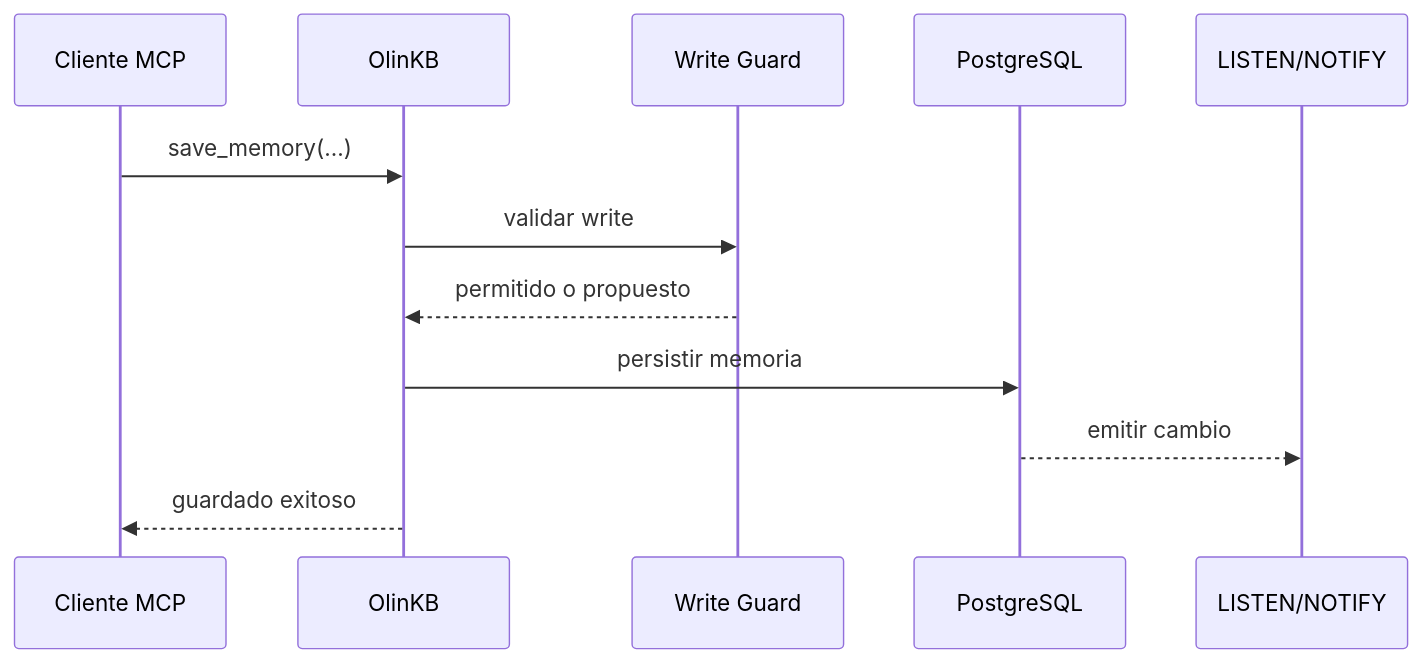
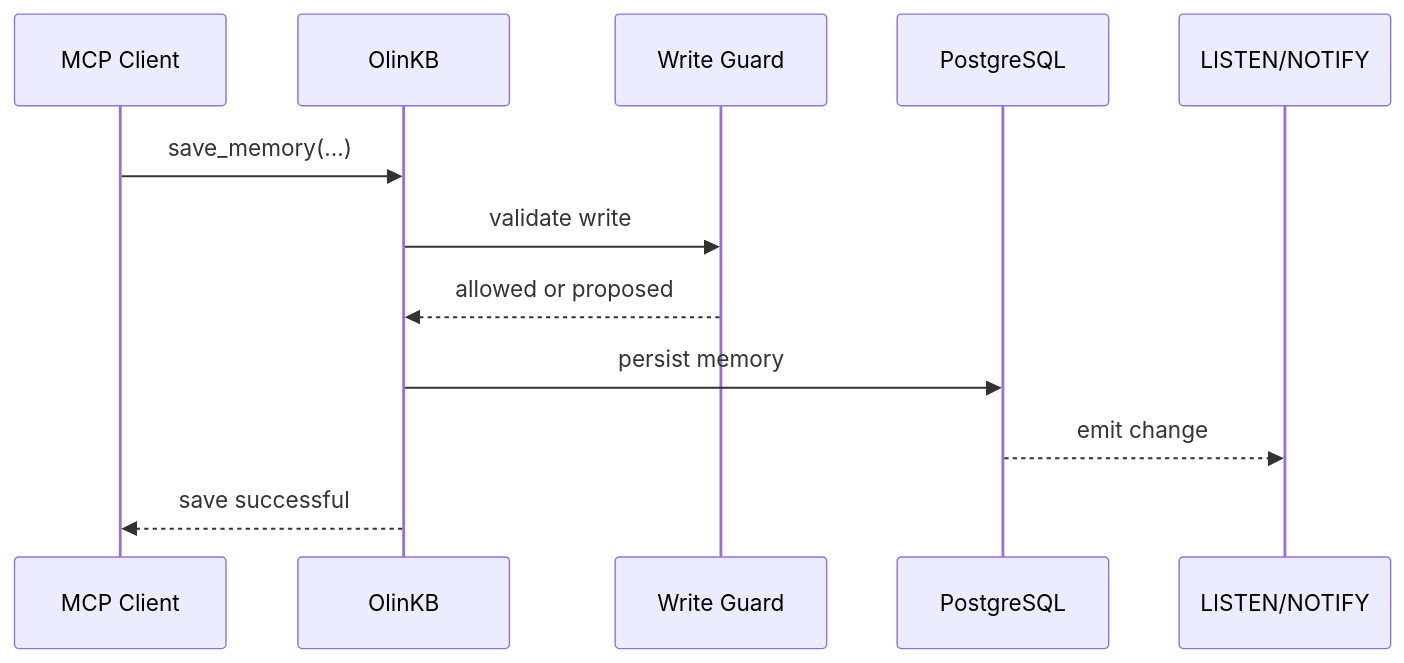
Before and after one commit to rzjulio/olinkb: the fourth of 4 diagrams in docs/olinkb-mcp-operacion.md, drawn with Mermaid. The commit also changed other lines of this file and 22 other files, not shown here.

````diff
--- a/docs/olinkb-mcp-operacion.md
+++ b/docs/olinkb-mcp-operacion.md
@@ -204,15 +204,15 @@
 ```mermaid
 sequenceDiagram
-    participant IDE as Cliente MCP
+    participant IDE as MCP Client
     participant MCP as OlinKB
     participant Guard as Write Guard
     participant PG as PostgreSQL
     participant Notify as LISTEN/NOTIFY
 
     IDE->>MCP: save_memory(...)
-    MCP->>Guard: validar write
-    Guard-->>MCP: permitido o propuesto
-    MCP->>PG: persistir memoria
-    PG-->>Notify: emitir cambio
-    MCP-->>IDE: guardado exitoso
+    MCP->>Guard: validate write
+    Guard-->>MCP: allowed or proposed
+    MCP->>PG: persist memory
+    PG-->>Notify: emit change
+    MCP-->>IDE: save successful
 ```
````
